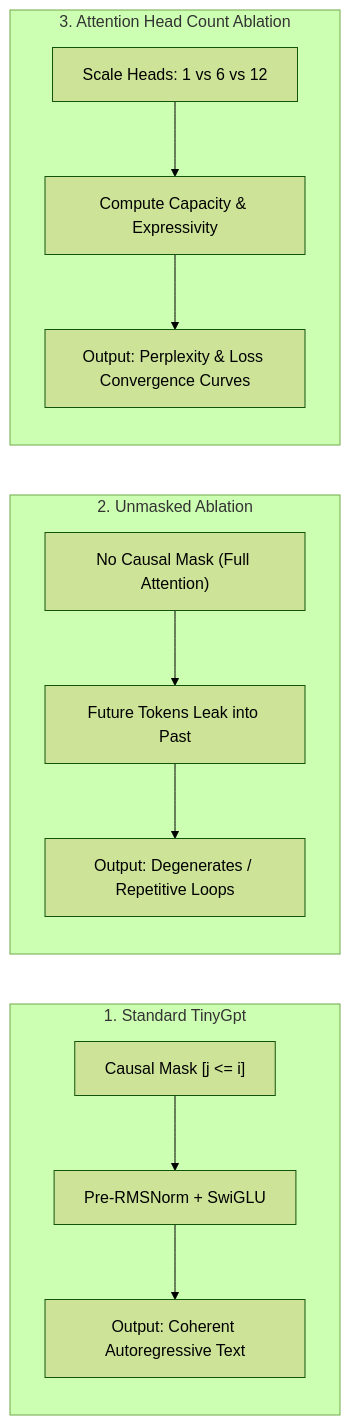
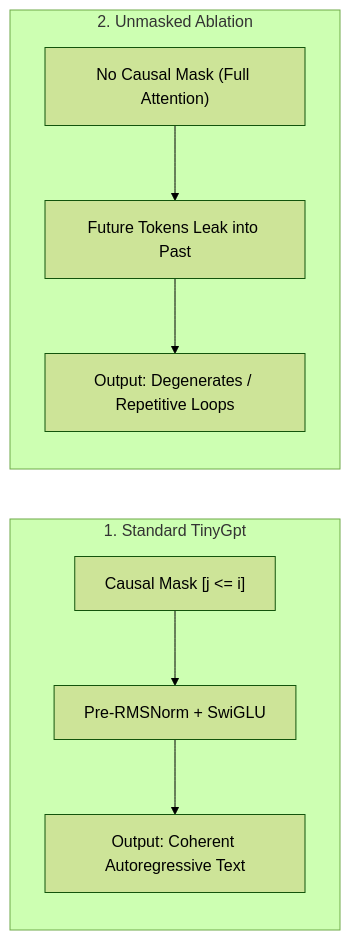
One commit to vinay3254/nini changed the fifth of 5 diagrams in README.md. Above: the diagram before and after it, drawn with Mermaid (forest theme). The commit also changed other lines of this file, not shown here.

````diff
--- a/README.md
+++ b/README.md
@@ -357,17 +357,12 @@
 ```mermaid
 flowchart LR
     subgraph Baseline ["1. Standard TinyGpt"]
         A1["Causal Mask [j <= i]"] --> A2["Pre-RMSNorm + SwiGLU"]
         A2 --> A3["Output: Coherent Autoregressive Text"]
     end
 
     subgraph AblationMask ["2. Unmasked Ablation"]
         B1["No Causal Mask (Full Attention)"] --> B2["Future Tokens Leak into Past"]
         B2 --> B3["Output: Degenerates / Repetitive Loops"]
     end
-
-    subgraph AblationHeads ["3. Attention Head Count Ablation"]
-        C1["Scale Heads: 1 vs 6 vs 12"] --> C2["Compute Capacity & Expressivity"]
-        C2 --> C3["Output: Perplexity & Loss Convergence Curves"]
-    end
 ```
````
